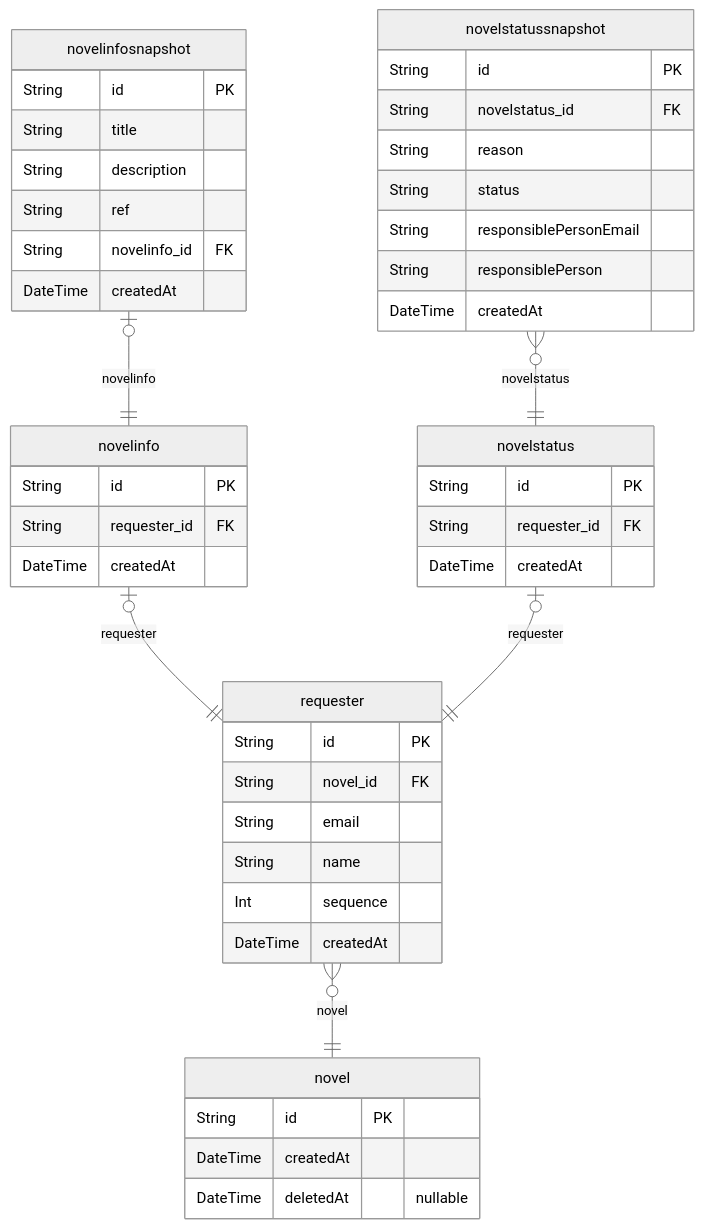
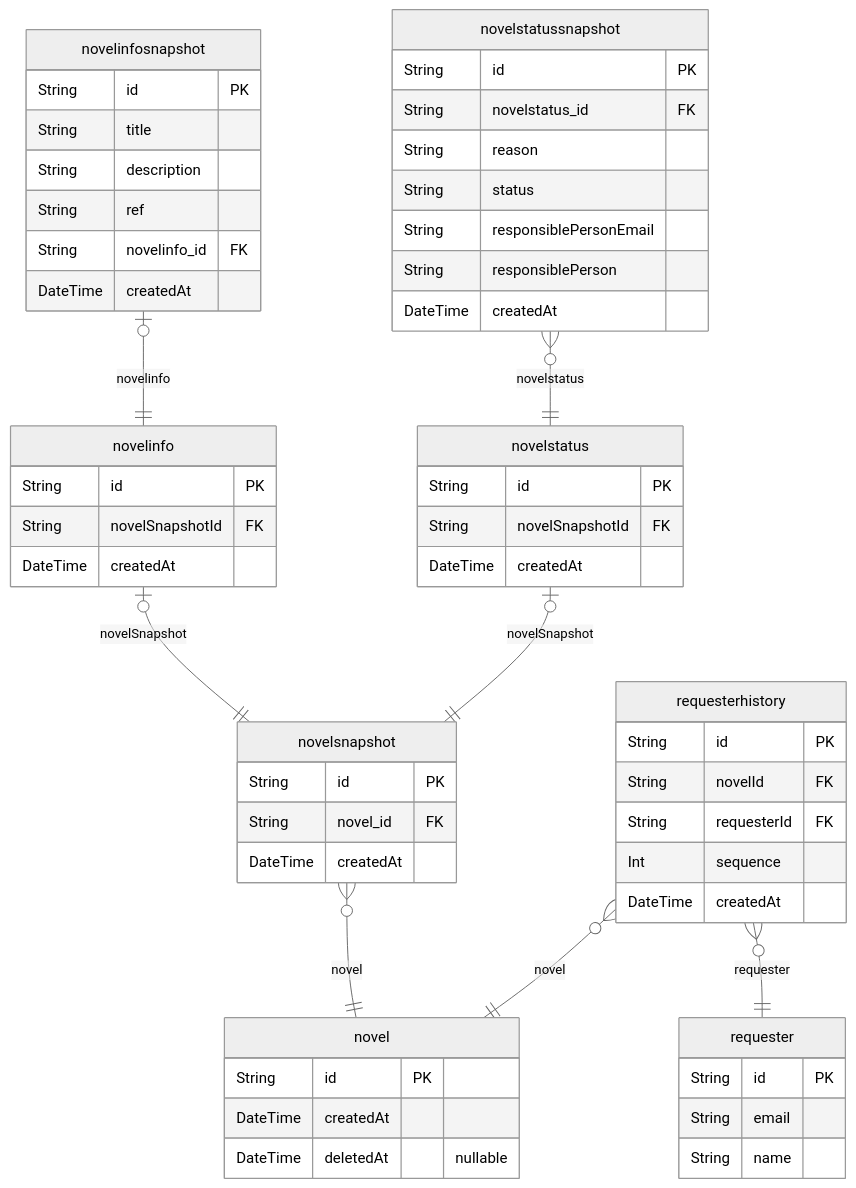
One commit to ktb-eatbook/eatbook-community changed the diagram in ERD.md. Above: the diagram before and after it, drawn with Mermaid (neutral theme). The commit also changed other lines of this file and 25 other files, not shown here.

````diff
--- a/ERD.md
+++ b/ERD.md
@@ -7,48 +7,59 @@
 ```mermaid
 erDiagram
 "novel" {
   String id PK
   DateTime createdAt
   DateTime deletedAt "nullable"
 }
+"novelsnapshot" {
+  String id PK
+  String novel_id FK
+  DateTime createdAt
+}
 "requester" {
   String id PK
-  String novel_id FK
   String email
   String name
+}
+"requesterhistory" {
+  String id PK
+  String novelId FK
+  String requesterId FK
   Int sequence
   DateTime createdAt
 }
 "novelinfo" {
   String id PK
-  String requester_id FK
+  String novelSnapshotId FK
   DateTime createdAt
 }
 "novelinfosnapshot" {
   String id PK
   String title
   String description
   String ref
   String novelinfo_id FK
   DateTime createdAt
 }
 "novelstatus" {
   String id PK
-  String requester_id FK
+  String novelSnapshotId FK
   DateTime createdAt
 }
 "novelstatussnapshot" {
   String id PK
   String novelstatus_id FK
   String reason
   String status
   String responsiblePersonEmail
   String responsiblePerson
   DateTime createdAt
 }
-"requester" }o--|| "novel" : novel
-"novelinfo" |o--|| "requester" : requester
+"novelsnapshot" }o--|| "novel" : novel
+"requesterhistory" }o--|| "requester" : requester
+"requesterhistory" }o--|| "novel" : novel
+"novelinfo" |o--|| "novelsnapshot" : novelSnapshot
 "novelinfosnapshot" |o--|| "novelinfo" : novelinfo
-"novelstatus" |o--|| "requester" : requester
+"novelstatus" |o--|| "novelsnapshot" : novelSnapshot
 "novelstatussnapshot" }o--|| "novelstatus" : novelstatus
 ```
````
